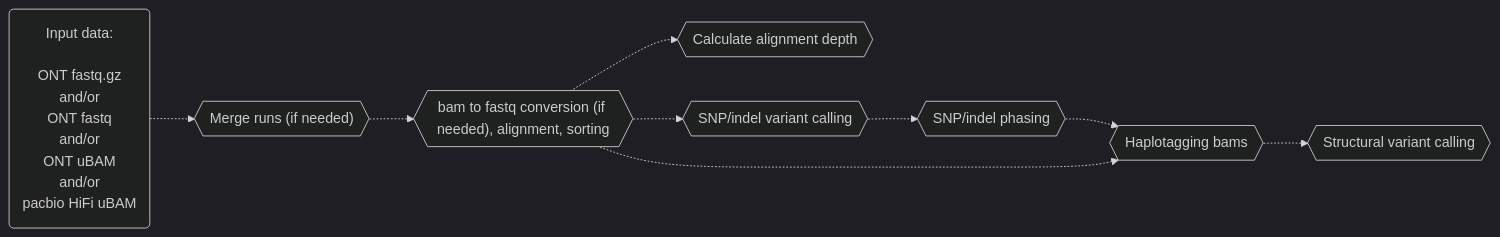
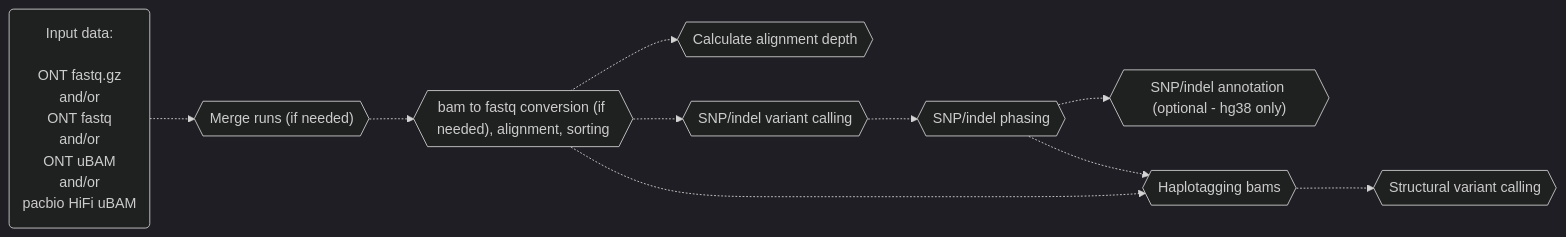
Before and after one commit to leahkemp/pipeface: the first of 2 diagrams in README.md, drawn with Mermaid. The commit also changed other lines of this file and 6 other files, not shown here.

````diff
--- a/README.md
+++ b/README.md
@@ -16,18 +16,20 @@
 ```mermaid
 %%{init: {'theme':'dark'}}%%
 flowchart LR
 
-input_data("Input data: \n\n ONT fastq.gz \n and/or \n ONT fastq \n and/or \n ONT uBAM \n and/or \n pacbio HiFi uBAM")
+input_data("Input data: <br><br> ONT fastq.gz <br> and/or <br> ONT fastq <br> and/or <br> ONT uBAM <br> and/or <br> pacbio HiFi uBAM")
 merging{{"Merge runs (if needed)"}}
 alignment{{"bam to fastq conversion (if needed), alignment, sorting"}}
 depth{{"Calculate alignment depth"}}
 snp_indel_calling{{"SNP/indel variant calling"}}
 snp_indel_phasing{{"SNP/indel phasing"}}
+snp_indel_annotation{{"SNP/indel annotation (optional - hg38 only)"}}
 haplotagging{{"Haplotagging bams"}}
 sv_calling{{"Structural variant calling"}}
 
 input_data-.->merging-.->alignment-.->snp_indel_calling-.->snp_indel_phasing-.->haplotagging-.->sv_calling
 alignment-.->depth
 alignment-.->haplotagging
+snp_indel_phasing-.->snp_indel_annotation
 
 ```
````
